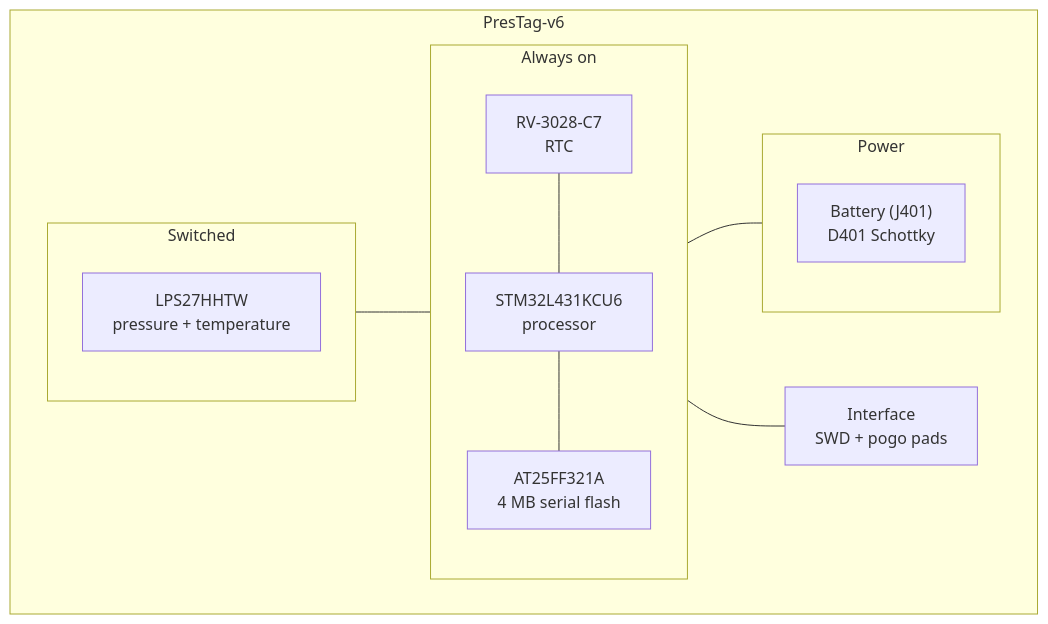
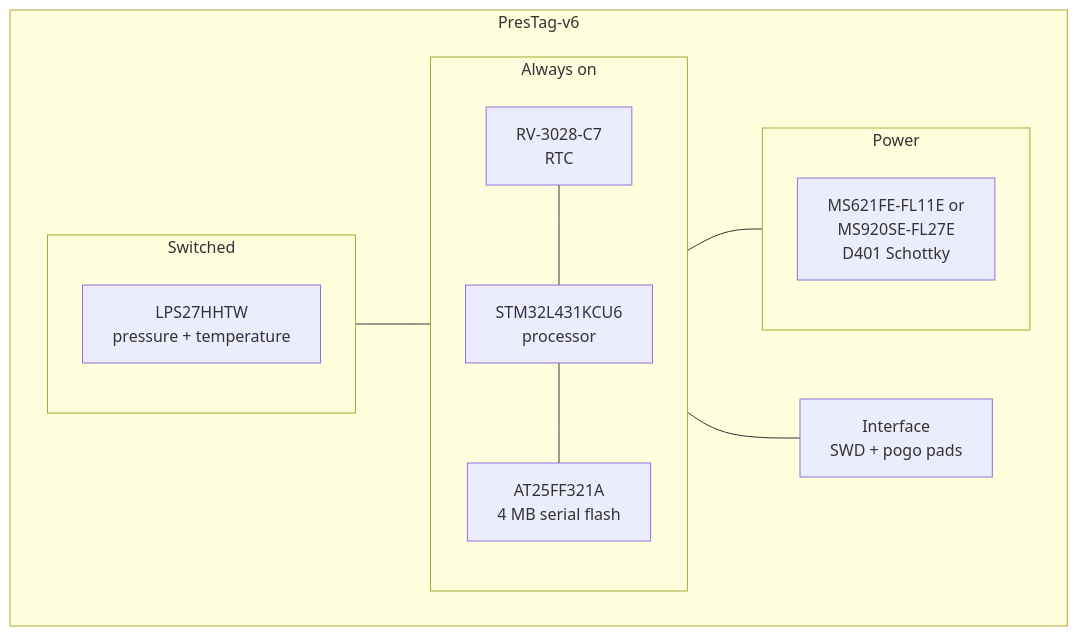
The diagram in docs/src/tags/prestag.md (tag-designs/hardware), drawn with Mermaid before and after one commit. The commit also changed other lines of this file and 7 other files, not shown here.

First line of the commit message:
docs: name the cells, fix two diagrams, indent the side index

````diff
--- a/docs/src/tags/prestag.md
+++ b/docs/src/tags/prestag.md
@@ -10,24 +10,24 @@
 ```mermaid
 flowchart LR
   subgraph TAG[PresTag-v6]
     direction LR
     subgraph SW[Switched]
       PRS["LPS27HHTW<br/>pressure + temperature"]
     end
     subgraph ON[Always on]
       direction TB
       RTC["RV-3028-C7<br/>RTC"]
       MCU["STM32L431KCU6<br/>processor"]
       FLASH["AT25FF321A<br/>4 MB serial flash"]
       RTC --- MCU
       MCU --- FLASH
     end
     subgraph PWR[Power]
-      BAT["Battery (J401)<br/>D401 Schottky"]
+      BAT["MS621FE-FL11E or<br/>MS920SE-FL27E<br/>D401 Schottky"]
     end
     IF["Interface<br/>SWD + pogo pads"]
   end
   SW --- ON
   ON --- PWR
   ON --- IF
 ```
````
